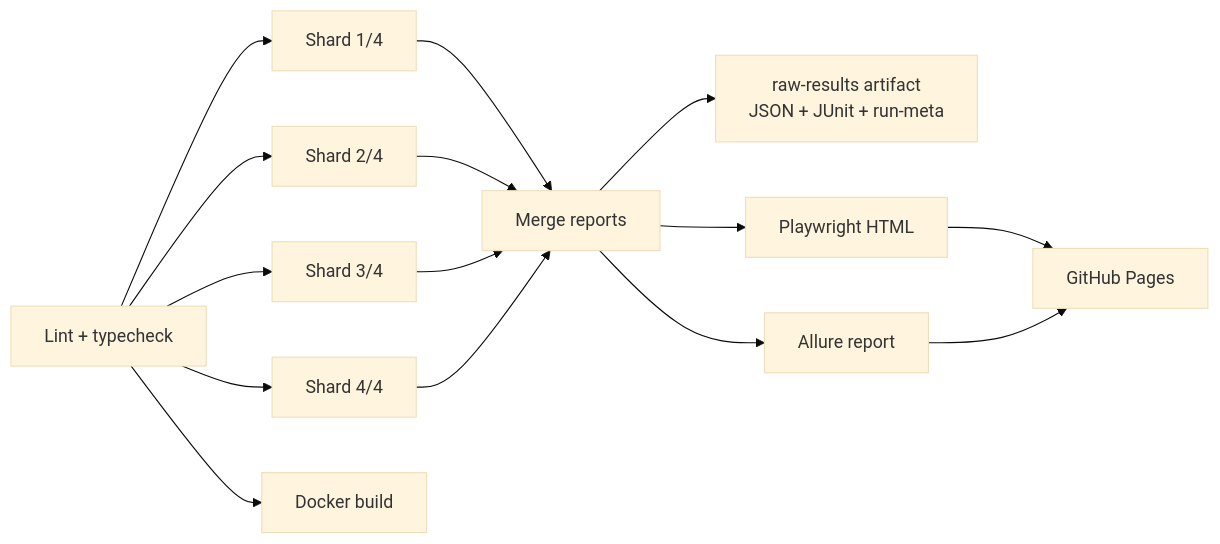
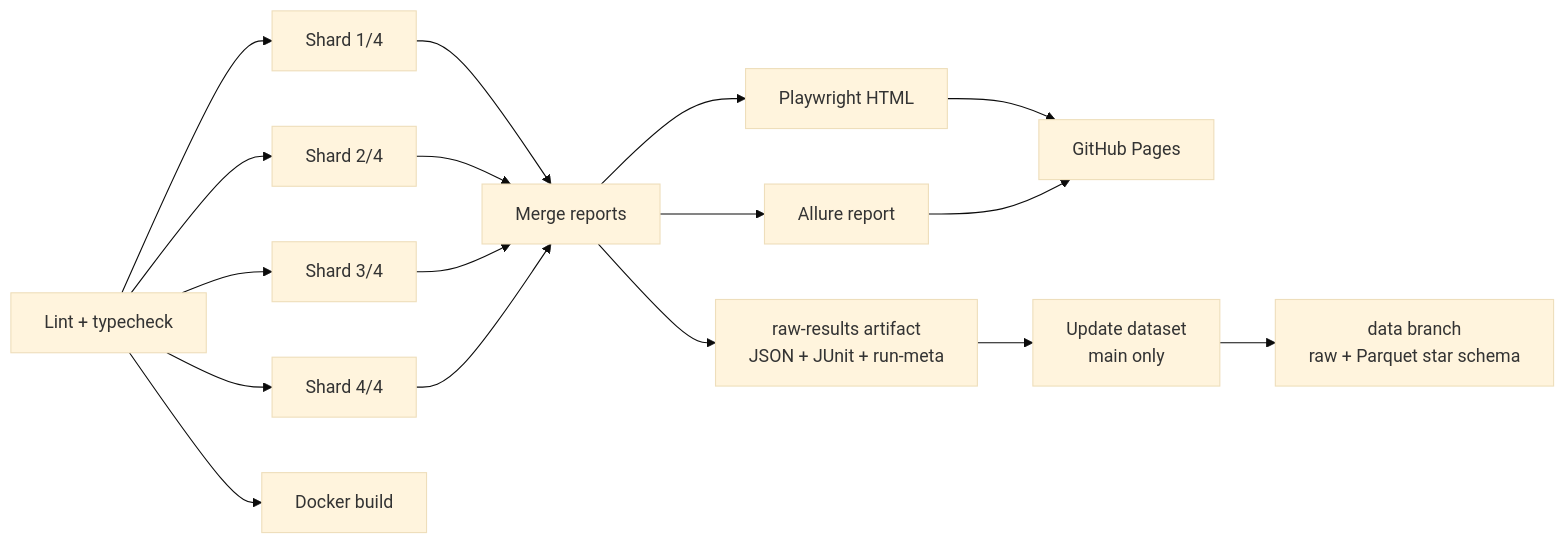
One commit to JordyR1986/powerbi-dashboard-playwright changed the diagram in docs/ci.md. Above: the diagram before and after it, drawn with Mermaid (base theme). The commit also changed other lines of this file and 3 other files, not shown here.

````diff
--- a/docs/ci.md
+++ b/docs/ci.md
@@ -5,13 +5,15 @@
 ```mermaid
 flowchart LR
   L[Lint + typecheck] --> T1[Shard 1/4]
   L --> T2[Shard 2/4]
   L --> T3[Shard 3/4]
   L --> T4[Shard 4/4]
   L --> DK[Docker build]
   T1 & T2 & T3 & T4 --> R[Merge reports]
   R --> RAW[raw-results artifact<br/>JSON + JUnit + run-meta]
   R --> PW[Playwright HTML]
   R --> AL[Allure report]
   PW & AL --> P[GitHub Pages]
+  RAW --> D[Update dataset<br/>main only]
+  D --> DB[data branch<br/>raw + Parquet star schema]
 ```
````
